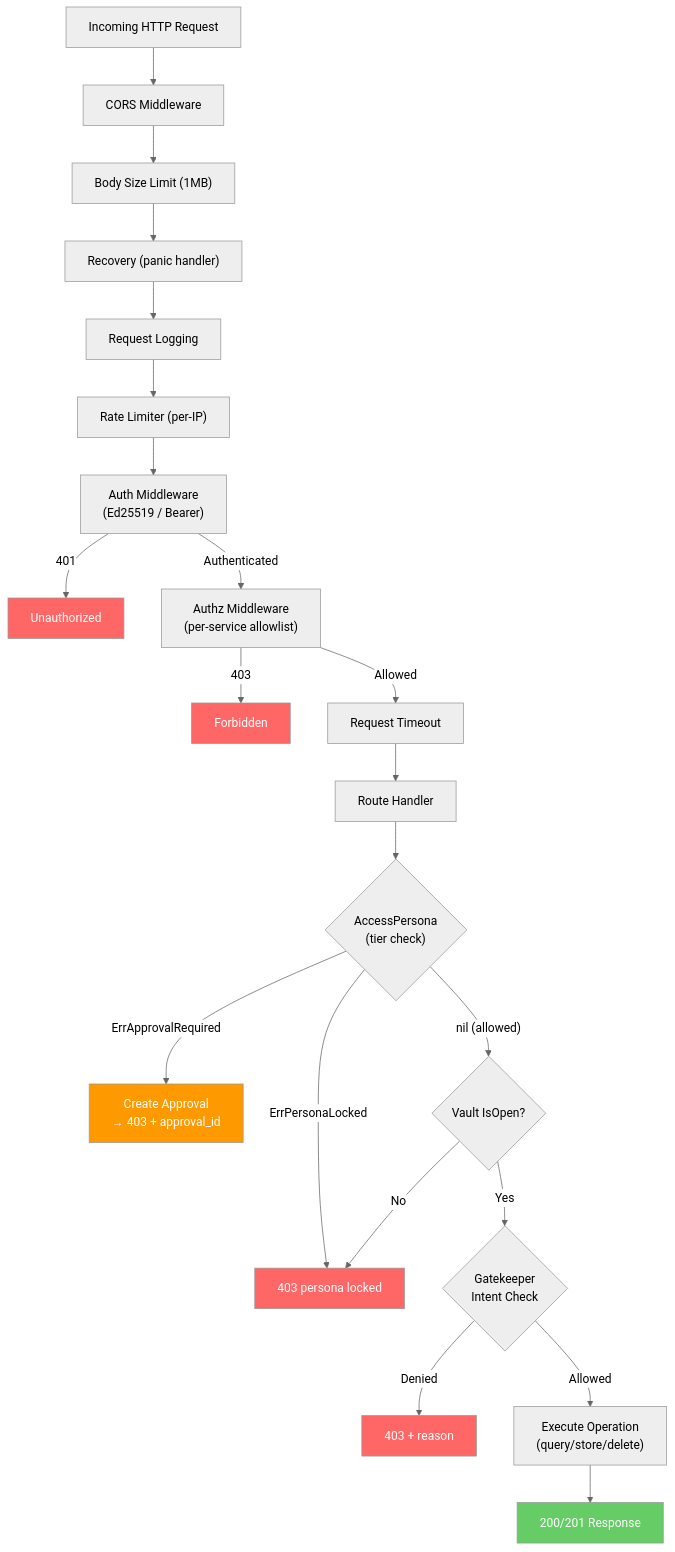
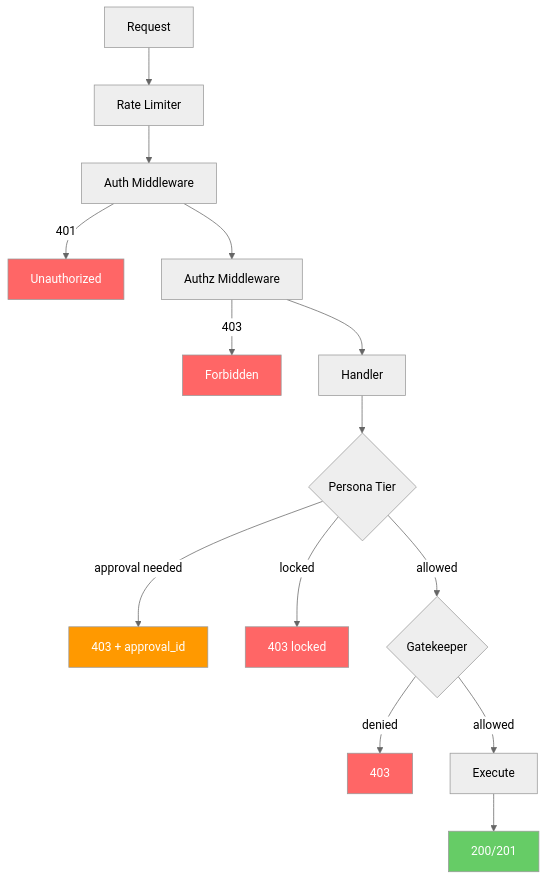
Before and after one commit to rajmohanutopai/dina: diagram 14 of 14 in docs/FLOW_DIAGRAMS.md, drawn with Mermaid (neutral theme). The commit also changed other lines of this file, not shown here.

First line of the commit message:
Rewrite flow diagrams: fix Mermaid errors, add examples, add new flows

````diff
--- a/docs/FLOW_DIAGRAMS.md
+++ b/docs/FLOW_DIAGRAMS.md
@@ -461,36 +461,27 @@
 ```mermaid
 flowchart TB
-    REQ["Incoming HTTP Request"] --> CORS["CORS Middleware"]
-    CORS --> BODY["Body Size Limit (1MB)"]
-    BODY --> RECOVER["Recovery (panic handler)"]
-    RECOVER --> LOG["Request Logging"]
-    LOG --> RATE["Rate Limiter (per-IP)"]
-    RATE --> AUTH["Auth Middleware<br/>(Ed25519 / Bearer)"]
+    REQ[Request] --> RATE[Rate Limiter]
+    RATE --> AUTH[Auth Middleware]
 
-    AUTH -->|"401"| REJECT1["Unauthorized"]
-    AUTH -->|"Authenticated"| AUTHZ["Authz Middleware<br/>(per-service allowlist)"]
+    AUTH -->|401| REJECT1[Unauthorized]
+    AUTH --> AUTHZ[Authz Middleware]
 
-    AUTHZ -->|"403"| REJECT2["Forbidden"]
-    AUTHZ -->|"Allowed"| TIMEOUT["Request Timeout"]
-    TIMEOUT --> HANDLER["Route Handler"]
+    AUTHZ -->|403| REJECT2[Forbidden]
+    AUTHZ --> HANDLER[Handler]
 
-    HANDLER --> PERSONA{"AccessPersona<br/>(tier check)"}
-    PERSONA -->|"ErrApprovalRequired"| APPROVAL["Create Approval<br/>→ 403 + approval_id"]
-    PERSONA -->|"ErrPersonaLocked"| LOCKED["403 persona locked"]
-    PERSONA -->|"nil (allowed)"| VAULT_CHECK{"Vault IsOpen?"}
+    HANDLER --> PERSONA{Persona Tier}
+    PERSONA -->|approval needed| APPROVAL[403 + approval_id]
+    PERSONA -->|locked| LOCKED[403 locked]
+    PERSONA -->|allowed| GK{Gatekeeper}
 
-    VAULT_CHECK -->|"No"| LOCKED
-    VAULT_CHECK -->|"Yes"| GATEKEEPER{"Gatekeeper<br/>Intent Check"}
-
-    GATEKEEPER -->|"Denied"| GK_DENY["403 + reason"]
-    GATEKEEPER -->|"Allowed"| OPERATION["Execute Operation<br/>(query/store/delete)"]
-
-    OPERATION --> RESPONSE["200/201 Response"]
+    GK -->|denied| GK_DENY[403]
+    GK -->|allowed| OP[Execute]
+    OP --> RESP[200/201]
 
     style REJECT1 fill:#f66,color:#fff
     style REJECT2 fill:#f66,color:#fff
     style APPROVAL fill:#f90,color:#fff
     style LOCKED fill:#f66,color:#fff
     style GK_DENY fill:#f66,color:#fff
-    style RESPONSE fill:#6c6,color:#fff
+    style RESP fill:#6c6,color:#fff
 ```
````
